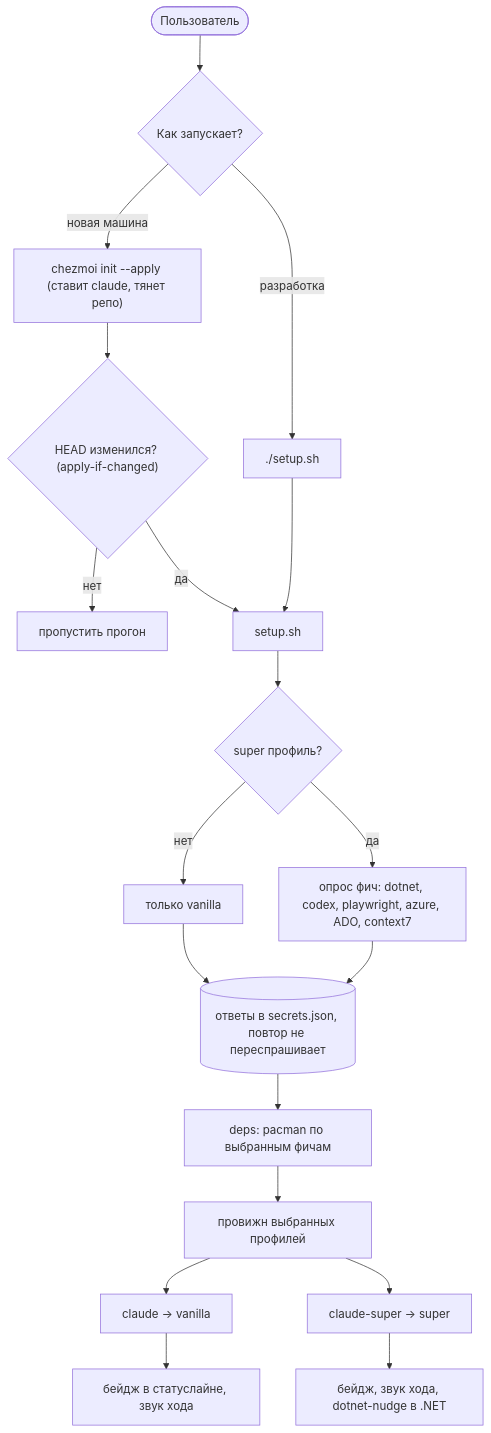
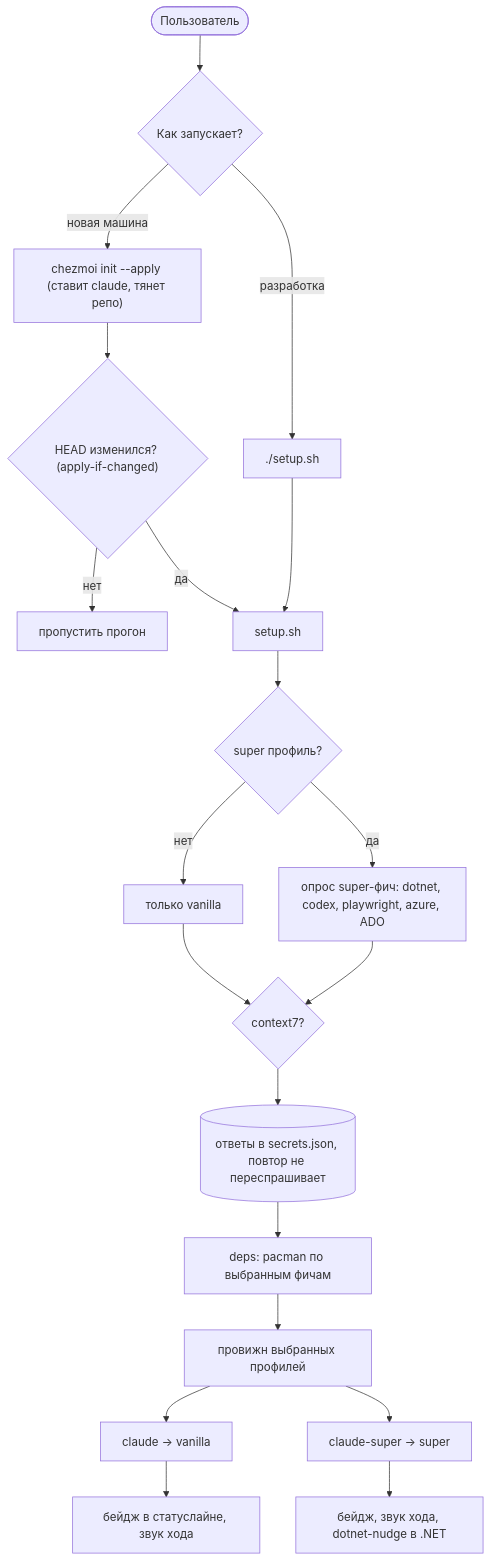
One commit to stpntkhnv/claudefiles changed the diagram in docs/user-flow.md. Above: the diagram before and after it, drawn with Mermaid. The commit also changed 2 other files, not shown here.

Commit message:
docs(sts-73): выверить точность по Codex-финалу (claude non-fatal, context7 всегда, effortLevel)
- architecture: отсутствие claude фатально для провижна (mcp.sh:23), не только warn
- user-flow: context7 спрашивается всегда, вынесен из super-фич (setup.sh:39)
- invariants: managed-ключ effortLevel, не effort

````diff
--- a/docs/user-flow.md
+++ b/docs/user-flow.md
@@ -7,24 +7,25 @@
 ```mermaid
 flowchart TD
   start([Пользователь]) --> how{"Как запускает?"}
   how -->|"новая машина"| chez["chezmoi init --apply (ставит claude, тянет репо)"]
   how -->|"разработка"| direct["./setup.sh"]
 
   chez --> gate{"HEAD изменился? (apply-if-changed)"}
   gate -->|нет| skip["пропустить прогон"]
   gate -->|да| run
   direct --> run["setup.sh"]
 
   run --> q{"super профиль?"}
   q -->|нет| onlyv["только vanilla"]
-  q -->|да| feats["опрос фич: dotnet, codex, playwright, azure, ADO, context7"]
-  onlyv --> persist
-  feats --> persist[("ответы в secrets.json, повтор не переспрашивает")]
+  q -->|да| feats["опрос super-фич: dotnet, codex, playwright, azure, ADO"]
+  onlyv --> c7{"context7?"}
+  feats --> c7
+  c7 --> persist[("ответы в secrets.json, повтор не переспрашивает")]
 
   persist --> deps["deps: pacman по выбранным фичам"]
   deps --> provision["провижн выбранных профилей"]
   provision --> out1["claude -> vanilla"]
   provision --> out2["claude-super -> super"]
   out1 --> ux1["бейдж в статуслайне, звук хода"]
   out2 --> ux2["бейдж, звук хода, dotnet-nudge в .NET"]
 ```
````
